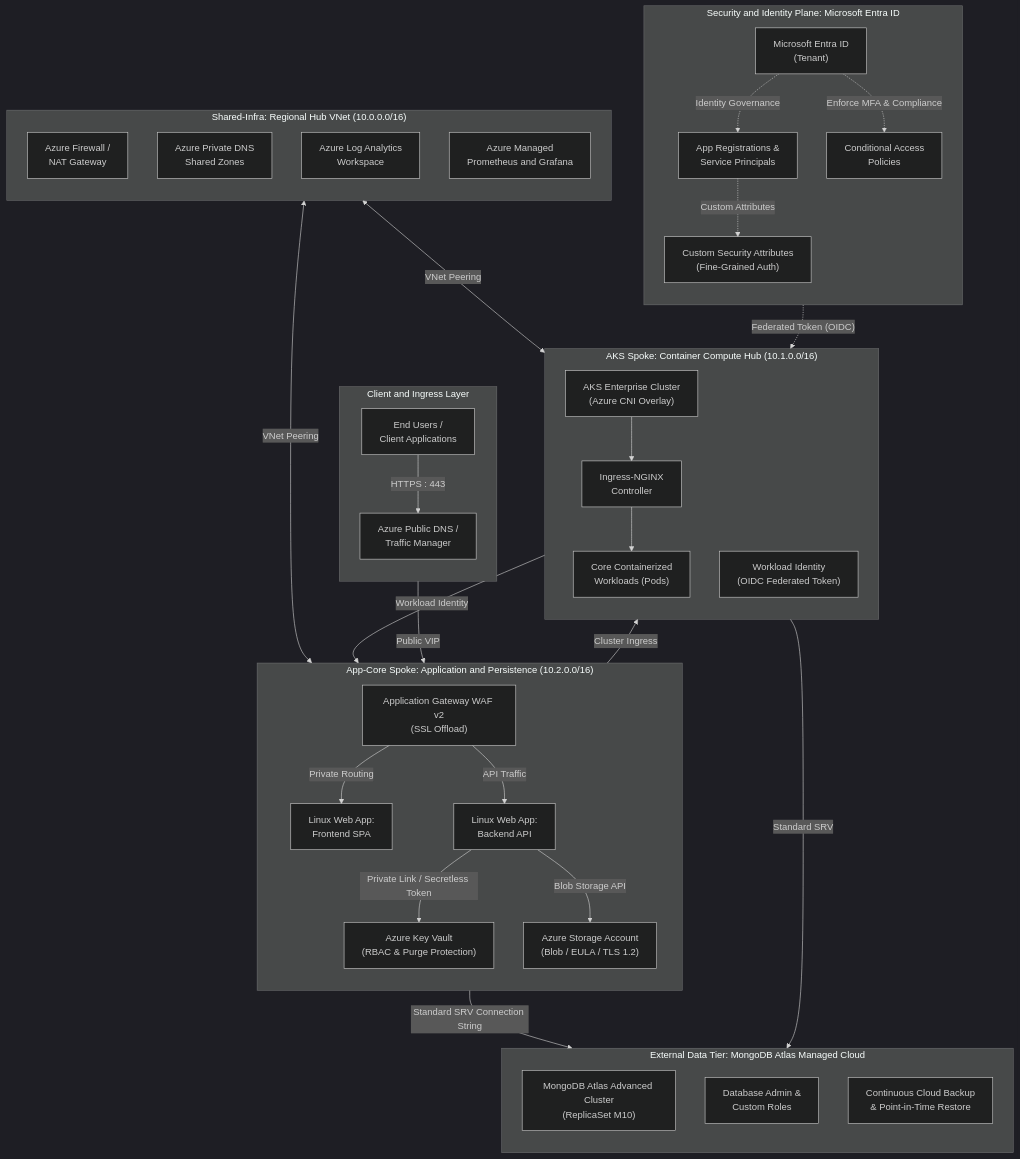
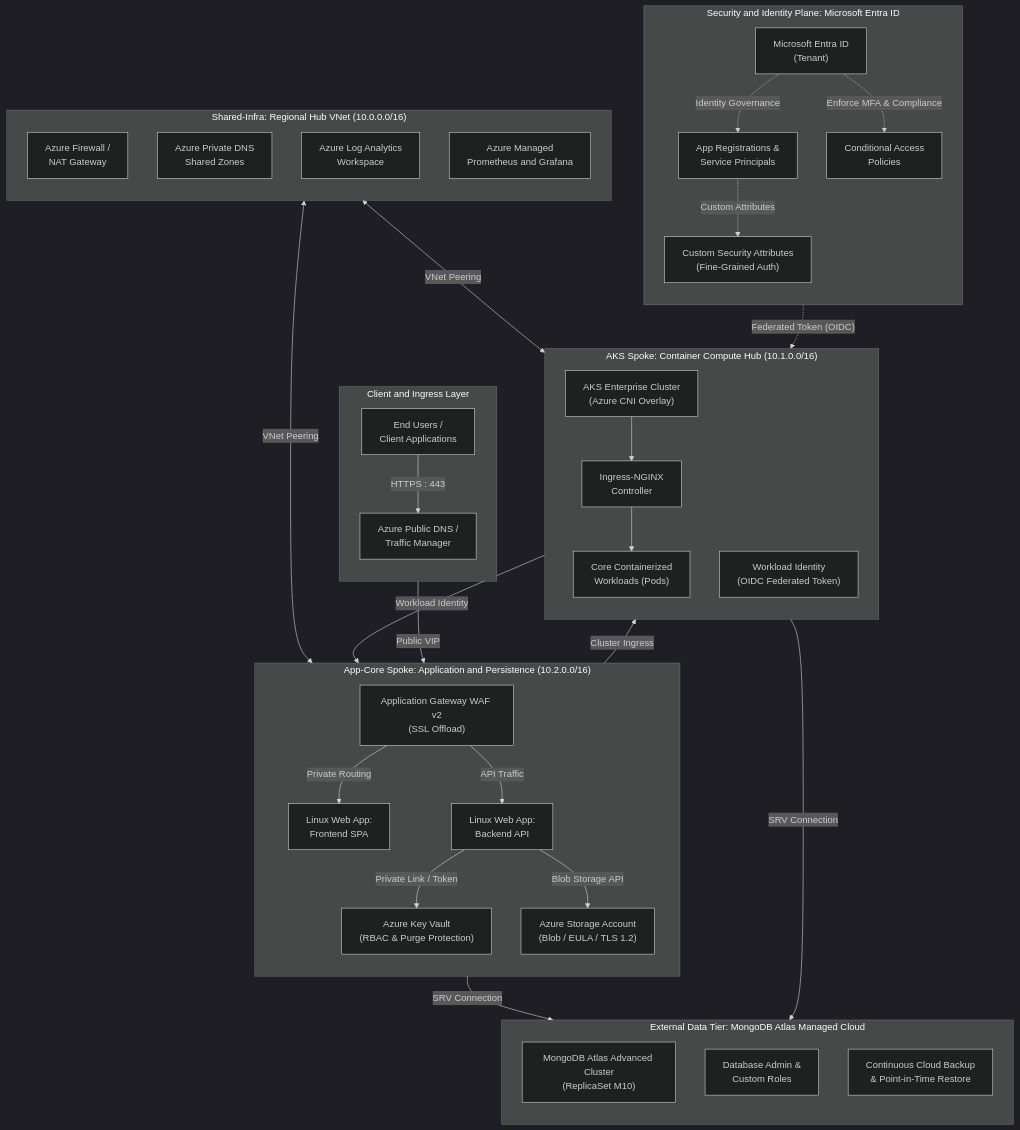
Before and after one commit to nubenetes/terraform-azure-devops-agentic: the second of 6 diagrams in README.md, drawn with Mermaid (dark theme). The commit also changed other lines of this file, not shown here.

Commit message:
docs: streamline State Boundary, Identity Plane and Atlas diagrams to eliminate crossing lines and text collisions

````diff
--- a/README.md
+++ b/README.md
@@ -254,61 +254,61 @@
 ```mermaid
 flowchart TB
     subgraph Users ["Client and Ingress Layer"]
         direction TB
         User["End Users /<br/>Client Applications"]
         DNS["Azure Public DNS /<br/>Traffic Manager"]
         User -->|HTTPS : 443| DNS
     end
     subgraph Hub_VNet ["Shared-Infra: Regional Hub VNet (10.0.0.0/16)"]
         direction TB
         FW["Azure Firewall /<br/>NAT Gateway"]
         PrivDNS["Azure Private DNS<br/>Shared Zones"]
         LogAnalytics["Azure Log Analytics<br/>Workspace"]
         Prometheus["Azure Managed<br/>Prometheus and Grafana"]
     end
     subgraph Spoke_AKS ["AKS Spoke: Container Compute Hub (10.1.0.0/16)"]
         direction TB
         AKS_Cluster["AKS Enterprise Cluster<br/>(Azure CNI Overlay)"]
         Ingress_Nginx["Ingress-NGINX<br/>Controller"]
         Microservices["Core Containerized<br/>Workloads (Pods)"]
         AKS_Identity["Workload Identity<br/>(OIDC Federated Token)"]
         AKS_Cluster --> Ingress_Nginx
         Ingress_Nginx --> Microservices
     end
     subgraph Spoke_AppCore ["App-Core Spoke: Application and Persistence (10.2.0.0/16)"]
         direction TB
         AppGW["Application Gateway WAF v2<br/>(SSL Offload)"]
         Front_SPA["Linux Web App:<br/>Frontend SPA"]
         Back_API["Linux Web App:<br/>Backend API"]
         Blob_Storage["Azure Storage Account<br/>(Blob / EULA / TLS 1.2)"]
         KeyVault["Azure Key Vault<br/>(RBAC & Purge Protection)"]
         AppGW -->|Private Routing| Front_SPA
         AppGW -->|API Traffic| Back_API
-        Back_API -->|Private Link / Secretless Token| KeyVault
+        Back_API -->|Private Link / Token| KeyVault
         Back_API -->|Blob Storage API| Blob_Storage
     end
     subgraph MongoDB_Cloud ["External Data Tier: MongoDB Atlas Managed Cloud"]
         direction TB
         Atlas_Cluster["MongoDB Atlas Advanced Cluster<br/>(ReplicaSet M10)"]
         Atlas_Admin["Database Admin &<br/>Custom Roles"]
         Atlas_Backup["Continuous Cloud Backup<br/>& Point-in-Time Restore"]
     end
     subgraph Identity_Tier ["Security and Identity Plane: Microsoft Entra ID"]
         direction TB
         Entra_ID["Microsoft Entra ID<br/>(Tenant)"]
         App_Registrations["App Registrations &<br/>Service Principals"]
         Custom_Security_Attr["Custom Security Attributes<br/>(Fine-Grained Auth)"]
         CAP["Conditional Access<br/>Policies"]
         Entra_ID -.->|Identity Governance| App_Registrations
         Entra_ID -.->|Enforce MFA & Compliance| CAP
         App_Registrations -.->|Custom Attributes| Custom_Security_Attr
     end
     DNS -->|Public VIP| AppGW
     AppGW -->|Cluster Ingress| Ingress_Nginx
     Hub_VNet <-->|VNet Peering| Spoke_AKS
     Hub_VNet <-->|VNet Peering| Spoke_AppCore
-    Back_API -->|Standard SRV Connection String| Atlas_Cluster
+    Back_API -->|SRV Connection| Atlas_Cluster
     Microservices -->|Workload Identity| KeyVault
-    Microservices -->|Standard SRV| Atlas_Cluster
+    Microservices -->|SRV Connection| Atlas_Cluster
     Entra_ID -.->|"Federated Token (OIDC)"| AKS_Identity
 ```
````
